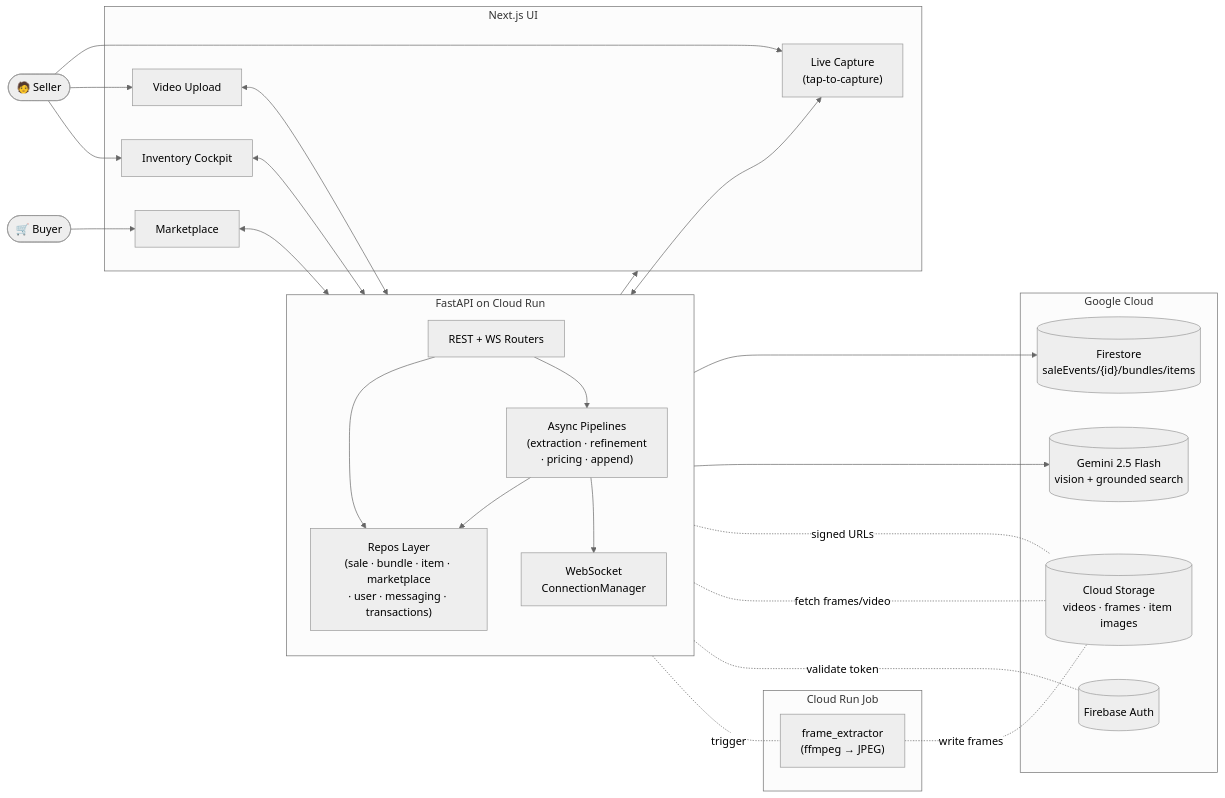
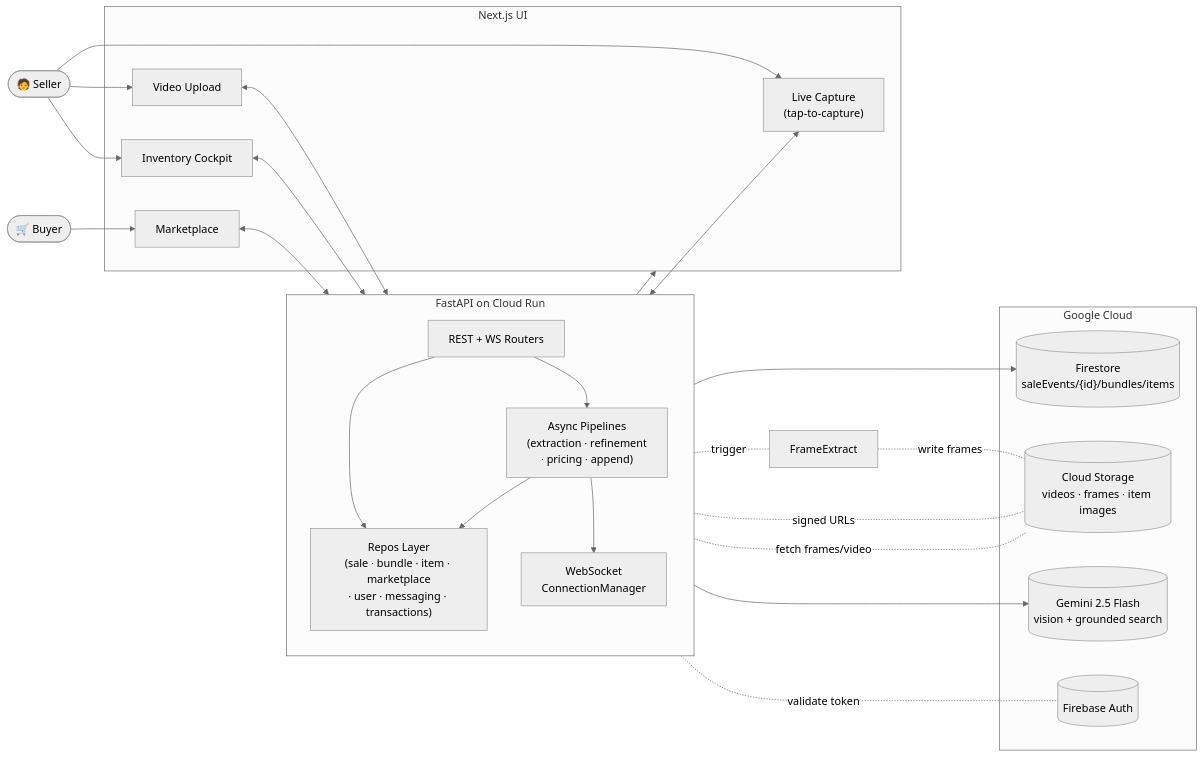
One commit to ajayaradhya/shiftready-backend changed the first of 7 diagrams in README.md. Above: the diagram before and after it, drawn with Mermaid (neutral theme). The commit also changed other lines of this file and 6 other files, not shown here.

````diff
--- a/README.md
+++ b/README.md
@@ -70,44 +70,40 @@
 ```mermaid
 flowchart LR
     Seller(["🧑 Seller"])
     Buyer(["🛒 Buyer"])
 
     subgraph Client["Next.js UI"]
         Capture["Live Capture\n(tap-to-capture)"]
         Upload["Video Upload"]
         Cockpit["Inventory Cockpit"]
         Market["Marketplace"]
     end
 
     subgraph Backend["FastAPI on Cloud Run"]
         direction TB
         API["REST + WS Routers"]
         Pipelines["Async Pipelines\n(extraction · refinement\n· pricing · append)"]
         Repos["Repos Layer\n(sale · bundle · item · marketplace\n· user · messaging · transactions)"]
         Notify["WebSocket\nConnectionManager"]
-    end
-
-    subgraph Jobs["Cloud Run Job"]
-        FrameExtract["frame_extractor\n(ffmpeg → JPEG)"]
     end
 
     subgraph GCP["Google Cloud"]
         Firestore[("Firestore\nsaleEvents/{id}/bundles/items")]
         GCS[("Cloud Storage\nvideos · frames · item images")]
         Gemini[("Gemini 2.5 Flash\nvision + grounded search")]
         FirebaseAuth[("Firebase Auth")]
     end
 
     Seller --> Capture & Upload & Cockpit
     Buyer --> Market
 
     Capture & Upload & Cockpit & Market <--> API
     API --> Repos --> Firestore
     API --> Pipelines --> Gemini
     Pipelines --> Repos
     Pipelines --> Notify --> Client
     API -. signed URLs .- GCS
     Pipelines -. fetch frames/video .- GCS
     API -. validate token .- FirebaseAuth
     API -. trigger .- FrameExtract -. write frames .- GCS
 ```
````
